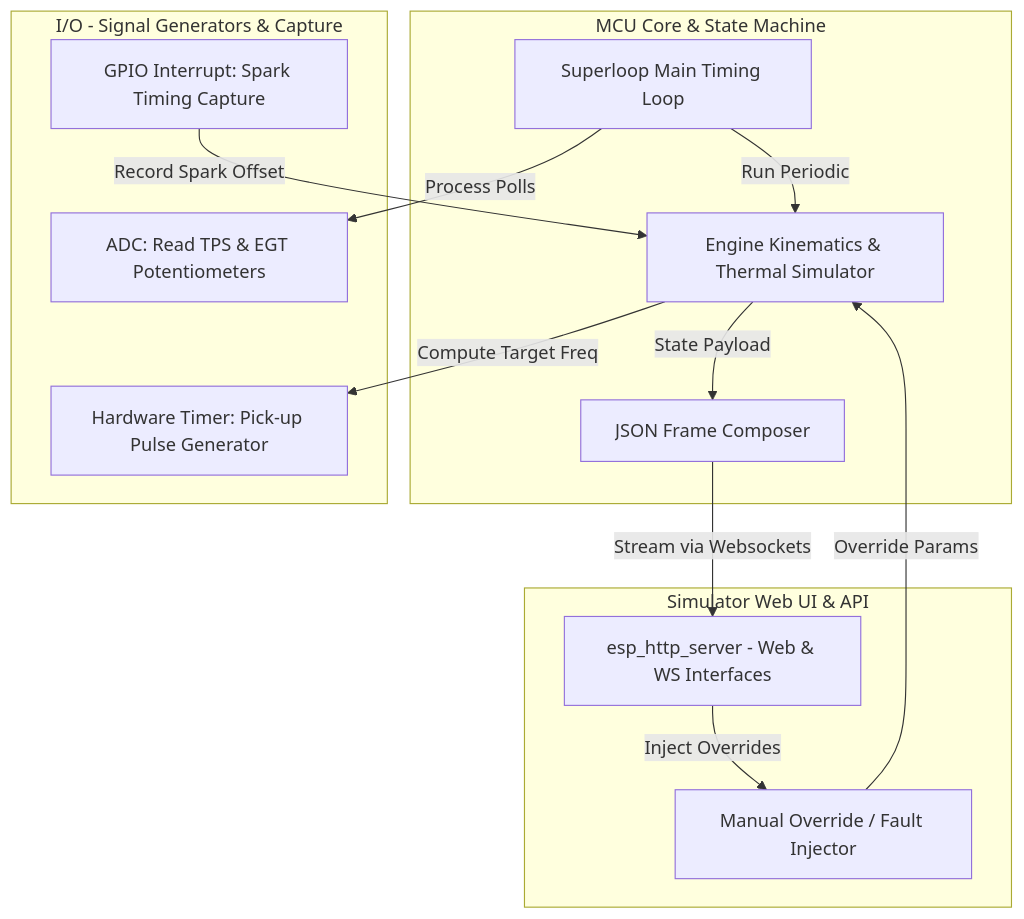
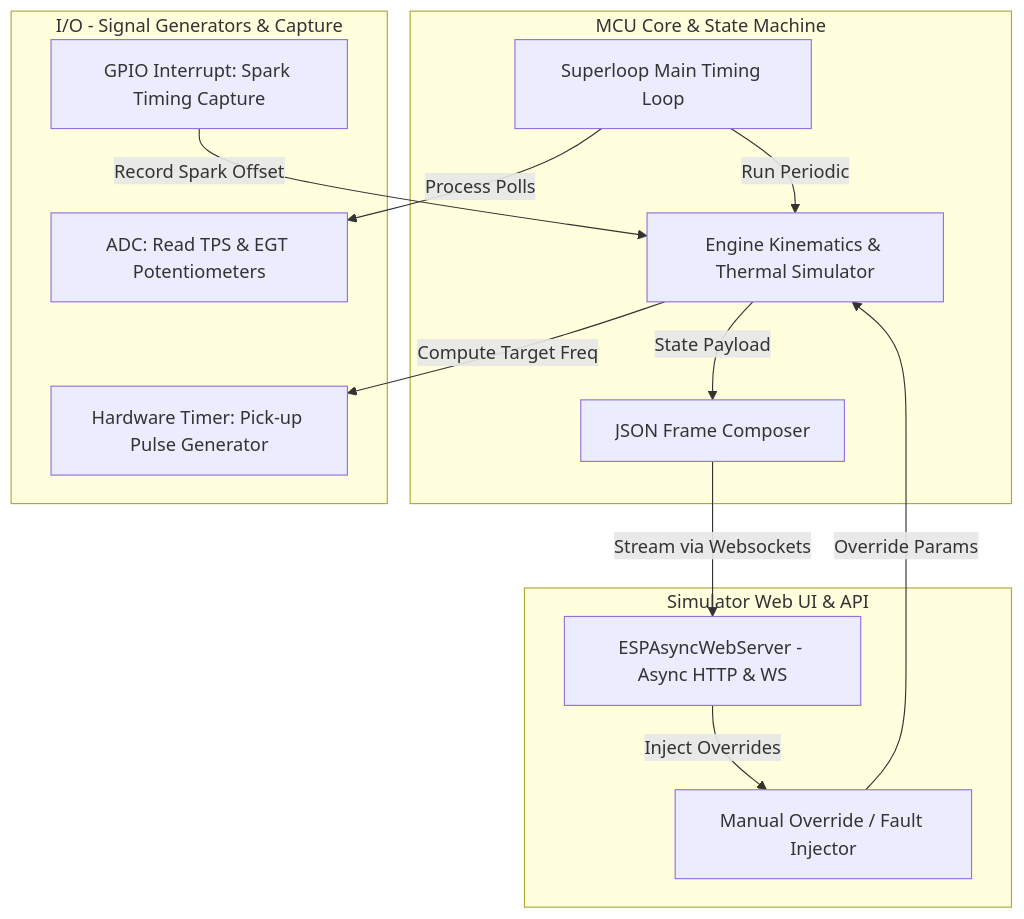
Before and after one commit to D3stan/ecu-dev-board: the diagram in idf/docs/sim/architecture.md, drawn with Mermaid. The commit also changed other lines of this file and 3 other files, not shown here.

````diff
--- a/idf/docs/sim/architecture.md
+++ b/idf/docs/sim/architecture.md
@@ -20,28 +21,28 @@
 ```mermaid
 graph TD
     subgraph MCU Core [MCU Core & State Machine]
         Superloop[Superloop Main Timing Loop]
         EngineSim[Engine Kinematics & Thermal Simulator]
         Telemetry[JSON Frame Composer]
     end
 
     subgraph IO [I/O - Signal Generators & Capture]
         ADC_Read[ADC: Read TPS & EGT Potentiometers]
         PulseGen[Hardware Timer: Pick-up Pulse Generator]
         SparkCapture[GPIO Interrupt: Spark Timing Capture]
     end
 
     subgraph WebUI [Simulator Web UI & API]
-        HTTPServer[esp_http_server - Web & WS Interfaces]
+        HTTPServer[ESPAsyncWebServer - Async HTTP & WS]
         OverrideMgr[Manual Override / Fault Injector]
     end
 
     Superloop -->|Run Periodic| EngineSim
     Superloop -->|Process Polls| ADC_Read
     EngineSim -->|Compute Target Freq| PulseGen
     SparkCapture -->|Record Spark Offset| EngineSim
     HTTPServer -->|Inject Overrides| OverrideMgr
     OverrideMgr -->|Override Params| EngineSim
     EngineSim -->|State Payload| Telemetry
     Telemetry -->|Stream via Websockets| HTTPServer
 ```
````
